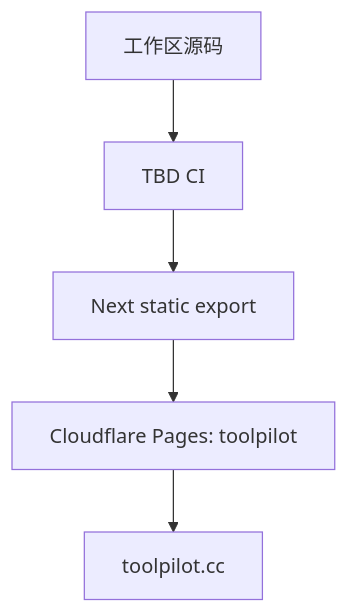
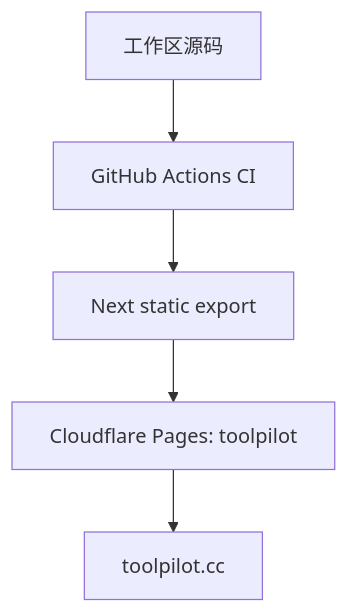
The second of 2 diagrams in ARCHITECTURE.md (yubinhong/toolpilot), drawn with Mermaid before and after one commit. The commit also changed other lines of this file and 28 other files, not shown here.

````diff
--- a/ARCHITECTURE.md
+++ b/ARCHITECTURE.md
@@ -125,7 +127,7 @@
 ```mermaid
 flowchart TD
-    R[工作区源码] --> CI[TBD CI]
+    R[工作区源码] --> CI[GitHub Actions CI]
     CI --> B[Next static export]
     B --> H[Cloudflare Pages: toolpilot]
     H --> D[toolpilot.cc]
 ```
````
